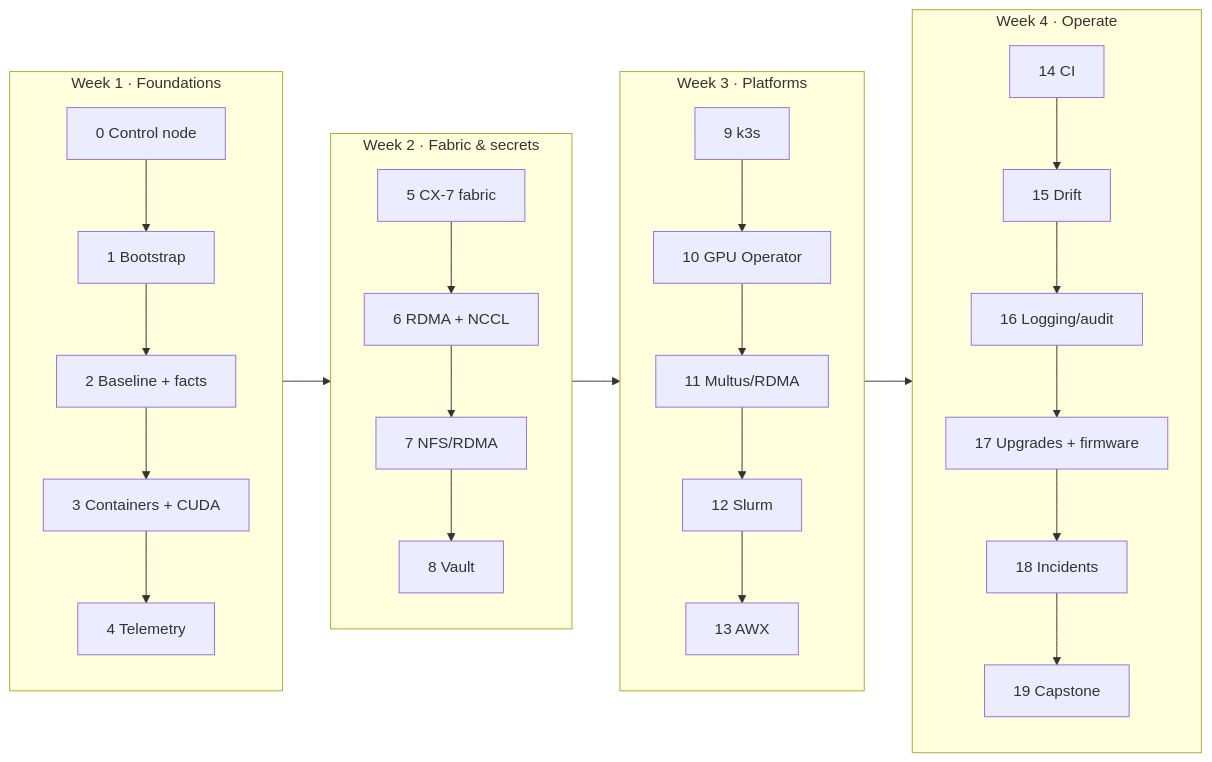
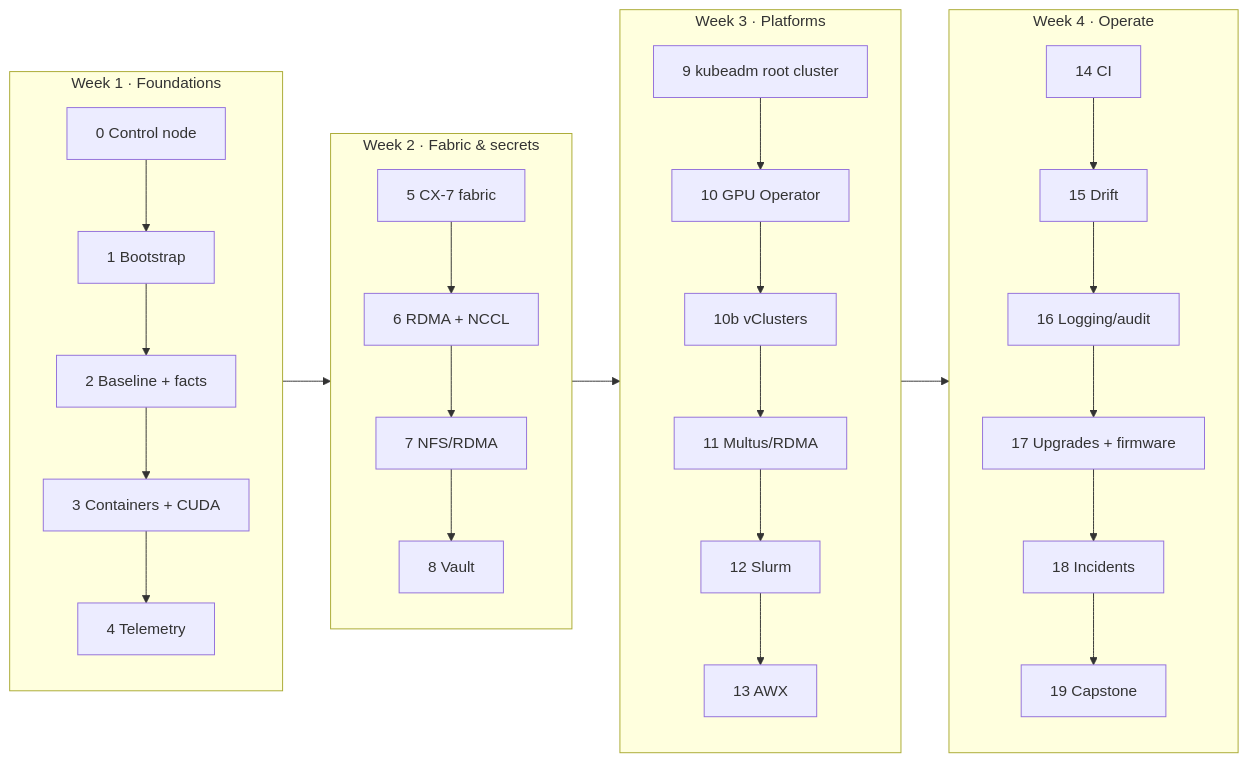
One commit to cloudone365/technical-depth changed the diagram in 01 Ansible/00-ansible-step-by-step-guide.md. Above: the diagram before and after it, drawn with Mermaid. The commit also changed other lines of this file and 53 other files, not shown here.

First line of the commit message:
Rewrite 01 Ansible and 02 Kubernetes volumes for the kubeadm root + two vClusters

````diff
--- a/01 Ansible/00-ansible-step-by-step-guide.md
+++ b/01 Ansible/00-ansible-step-by-step-guide.md
@@ -5,16 +5,16 @@
 ```mermaid
 flowchart LR
   subgraph W1["Week 1 · Foundations"]
     A0[0 Control node] --> A1[1 Bootstrap] --> A2[2 Baseline + facts] --> A3[3 Containers + CUDA] --> A4[4 Telemetry]
   end
   subgraph W2["Week 2 · Fabric & secrets"]
     B1[5 CX-7 fabric] --> B2[6 RDMA + NCCL] --> B3[7 NFS/RDMA] --> B4[8 Vault]
   end
   subgraph W3["Week 3 · Platforms"]
-    C1[9 k3s] --> C2[10 GPU Operator] --> C3[11 Multus/RDMA] --> C4[12 Slurm] --> C5[13 AWX]
+    C1[9 kubeadm root cluster] --> C2[10 GPU Operator] --> C2b[10b vClusters] --> C3[11 Multus/RDMA] --> C4[12 Slurm] --> C5[13 AWX]
   end
   subgraph W4["Week 4 · Operate"]
     D1[14 CI] --> D2[15 Drift] --> D3[16 Logging/audit] --> D4[17 Upgrades + firmware] --> D5[18 Incidents] --> D6[19 Capstone]
   end
   W1 --> W2 --> W3 --> W4
 ```
````
